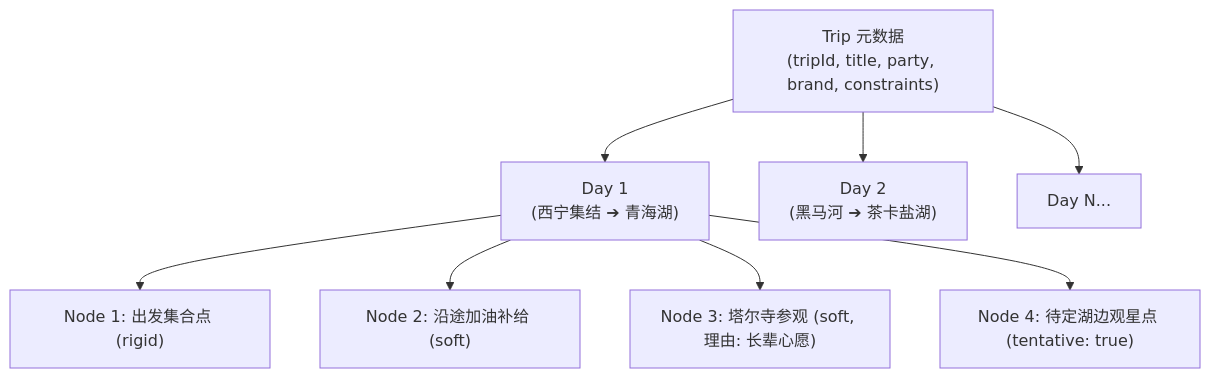
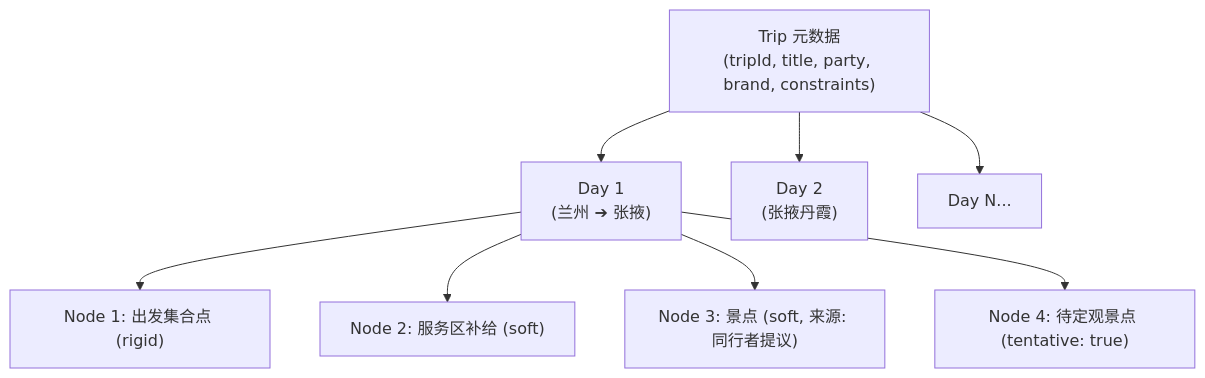
The second of 3 diagrams in docs/architecture/ARC-02-domain-data-model.md (JohnMaxwell0123/TripCraft), drawn with Mermaid before and after one commit. The commit also changed other lines of this file and 55 other files, not shown here.

````diff
--- a/docs/architecture/ARC-02-domain-data-model.md
+++ b/docs/architecture/ARC-02-domain-data-model.md
@@ -97,20 +121,20 @@
 ```mermaid
 flowchart TD
     TRIP["Trip 元数据<br/>(tripId, title, party, brand, constraints)"]
-    D1["Day 1<br/>(西宁集结 ➔ 青海湖)"]
-    D2["Day 2<br/>(黑马河 ➔ 茶卡盐湖)"]
+    D1["Day 1<br/>(兰州 ➔ 张掖)"]
+    D2["Day 2<br/>(张掖丹霞)"]
     DN["Day N..."]
 
     N1["Node 1: 出发集合点 (rigid)"]
-    N2["Node 2: 沿途加油补给 (soft)"]
-    N3["Node 3: 塔尔寺参观 (soft, 理由: 长辈心愿)"]
-    N4["Node 4: 待定湖边观星点 (tentative: true)"]
+    N2["Node 2: 服务区补给 (soft)"]
+    N3["Node 3: 景点 (soft, 来源: 同行者提议)"]
+    N4["Node 4: 待定观景点 (tentative: true)"]
 
     TRIP --> D1
     TRIP --> D2
     TRIP --> DN
     D1 --> N1
     D1 --> N2
     D1 --> N3
     D1 --> N4
 ```
````
